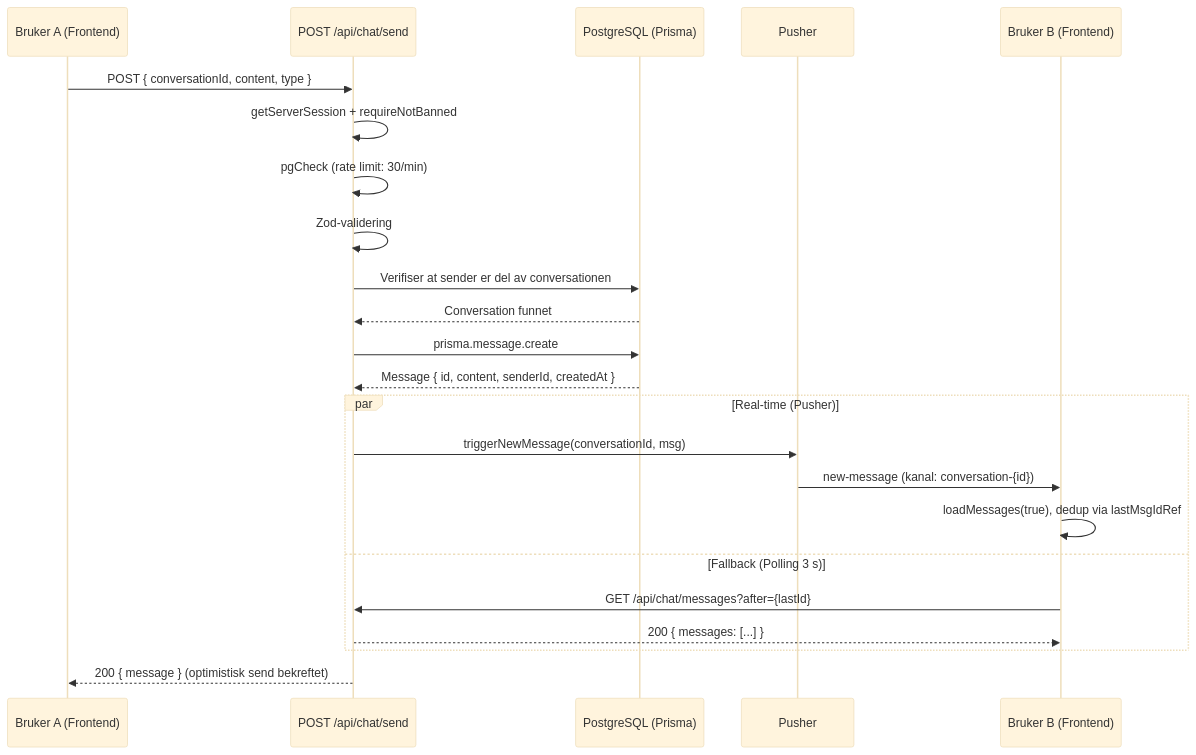
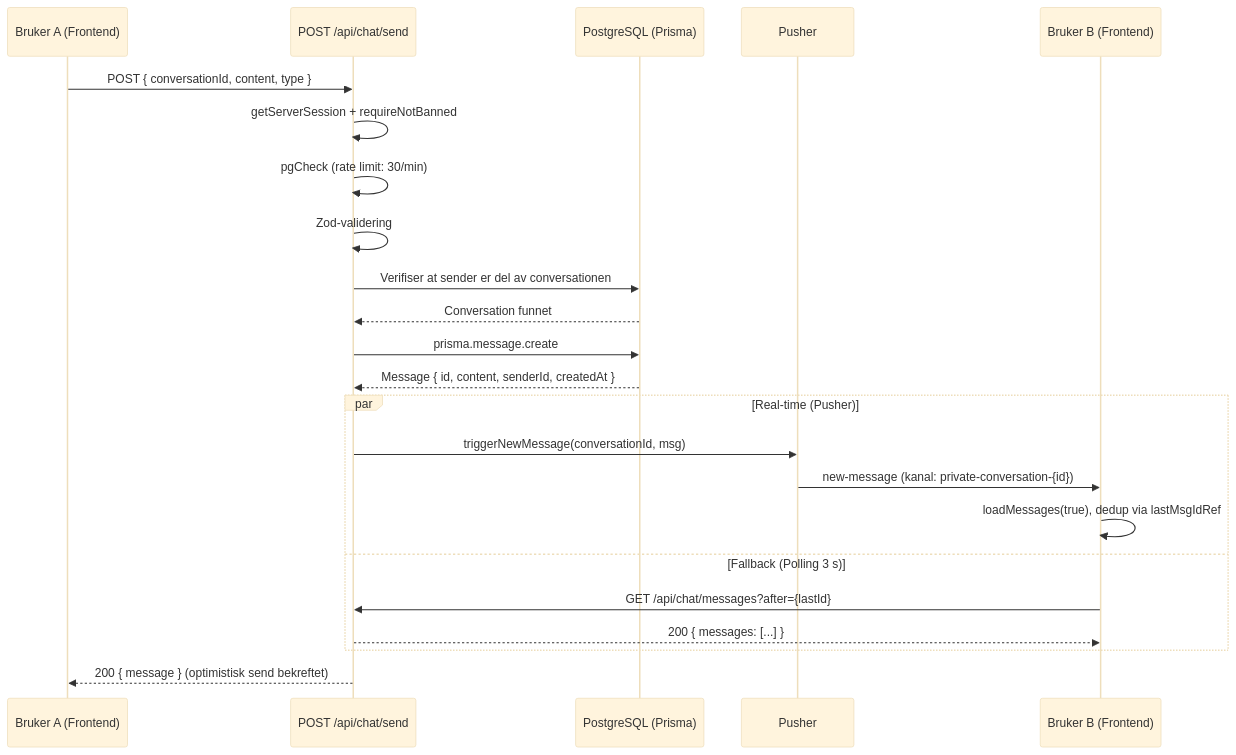
Before and after one commit to GeorgeMasterSplinter/tosom: the fourth of 6 diagrams in docs/reference/SYSTEM-FLOW-DIAGRAM.md, drawn with Mermaid (base theme). The commit also changed other lines of this file and 10 other files, not shown here.

First line of the commit message:
feat(chat): private Pusher-kanal + auth-rute, venterom redirect (GEORGE §1)

````diff
--- a/docs/reference/SYSTEM-FLOW-DIAGRAM.md
+++ b/docs/reference/SYSTEM-FLOW-DIAGRAM.md
@@ -170,28 +170,28 @@
 ```mermaid
 sequenceDiagram
     participant A as Bruker A (Frontend)
     participant API as POST /api/chat/send
     participant DB as PostgreSQL (Prisma)
     participant P as Pusher
     participant B as Bruker B (Frontend)
 
     A->>API: POST { conversationId, content, type }
     API->>API: getServerSession + requireNotBanned
     API->>API: pgCheck (rate limit: 30/min)
     API->>API: Zod-validering
     API->>DB: Verifiser at sender er del av conversationen
     DB-->>API: Conversation funnet
     API->>DB: prisma.message.create
     DB-->>API: Message { id, content, senderId, createdAt }
 
     par Real-time (Pusher)
         API->>P: triggerNewMessage(conversationId, msg)
-        P->>B: new-message (kanal: conversation-{id})
+        P->>B: new-message (kanal: private-conversation-{id})
         B->>B: loadMessages(true), dedup via lastMsgIdRef
     and Fallback (Polling 3 s)
         B->>API: GET /api/chat/messages?after={lastId}
         API-->>B: 200 { messages: [...] }
     end
 
     API-->>A: 200 { message } (optimistisk send bekreftet)
 ```
````
